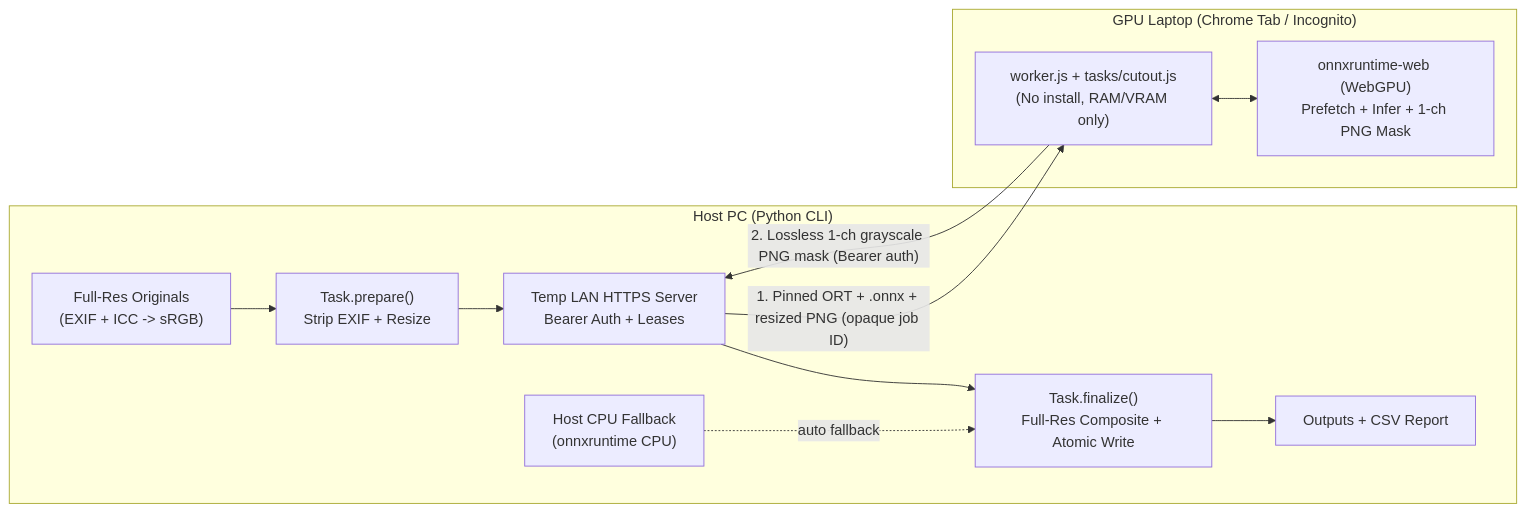
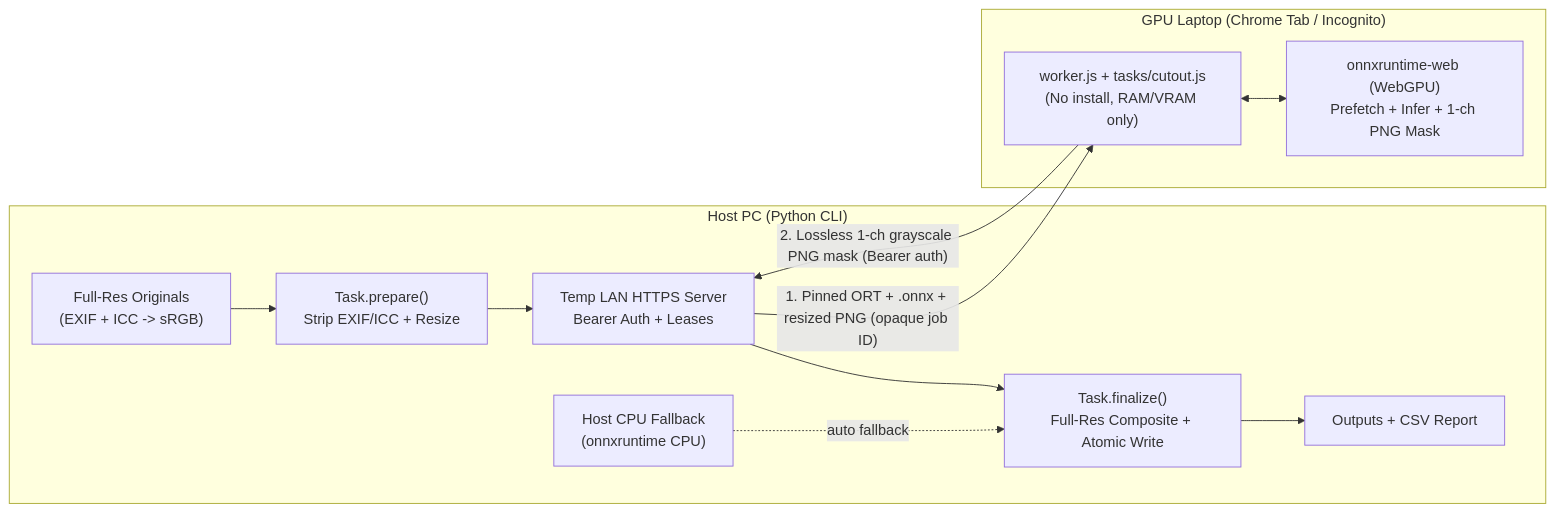
Before and after one commit to buinam1920/tabgpu: the diagram in README.md, drawn with Mermaid. The commit also changed other lines of this file and 11 other files, not shown here.

````diff
--- a/README.md
+++ b/README.md
@@ -31,19 +31,19 @@
 ```mermaid
 flowchart LR
     subgraph Host["Host PC (Python CLI)"]
-        IN["Full-Res Originals<br/>(EXIF + ICC -> sRGB)"] --> PREP["Task.prepare()<br/>Strip EXIF + Resize"]
+        IN["Full-Res Originals<br/>(EXIF + ICC -> sRGB)"] --> PREP["Task.prepare()<br/>Strip EXIF/ICC + Resize"]
         PREP --> SRV["Temp LAN HTTPS Server<br/>Bearer Auth + Leases"]
         SRV --> FIN["Task.finalize()<br/>Full-Res Composite + Atomic Write"]
         FIN --> OUT["Outputs + CSV Report"]
         CPU["Host CPU Fallback<br/>(onnxruntime CPU)"] -. "auto fallback" .-> FIN
     end
 
     subgraph Tab["GPU Laptop (Chrome Tab / Incognito)"]
         UI["worker.js + tasks/cutout.js<br/>(No install, RAM/VRAM only)"]
         ORT["onnxruntime-web (WebGPU)<br/>Prefetch + Infer + 1-ch PNG Mask"]
         UI <--> ORT
     end
 
     SRV -- "1. Pinned ORT + .onnx + resized PNG (opaque job ID)" --> UI
     UI -- "2. Lossless 1-ch grayscale PNG mask (Bearer auth)" --> SRV
 ```
````
